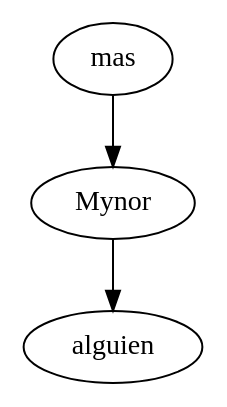
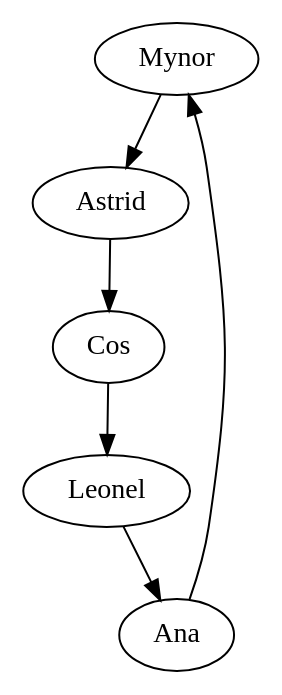
The diagram in src/PLCircular/GraficaListaCircular.dot (Mynor16/Practica1s12017_201213197), drawn with Graphviz before and after one commit. The commit also changed 9 other files, not shown here.

```diff
--- a/src/PLCircular/GraficaListaCircular.dot
+++ b/src/PLCircular/GraficaListaCircular.dot
@@ -1,6 +1,12 @@
 digraph G 
  {Mynor;
-alguien mas;
-Mynor->alguien mas;
-alguien mas->Mynor;
+Astrid;
+Cos;
+Leonel;
+Ana;
+Mynor->Astrid;
+Astrid->Cos;
+Cos->Leonel;
+Leonel->Ana;
+Ana->Mynor;
 }
```
